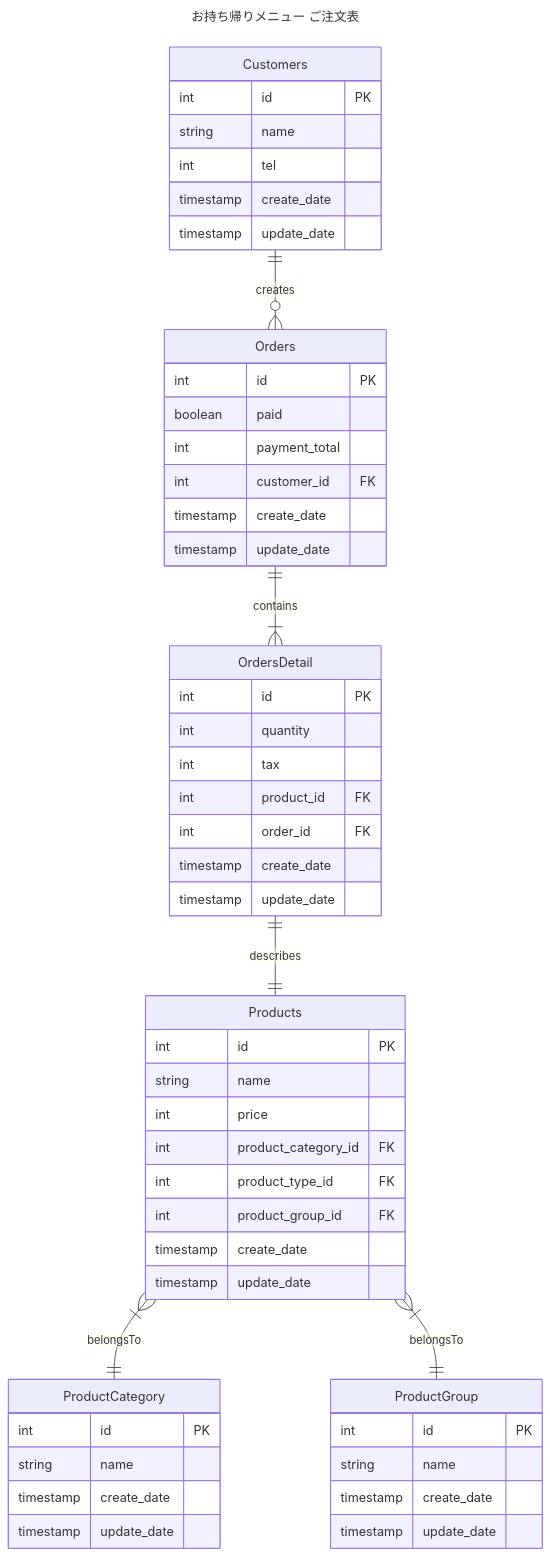
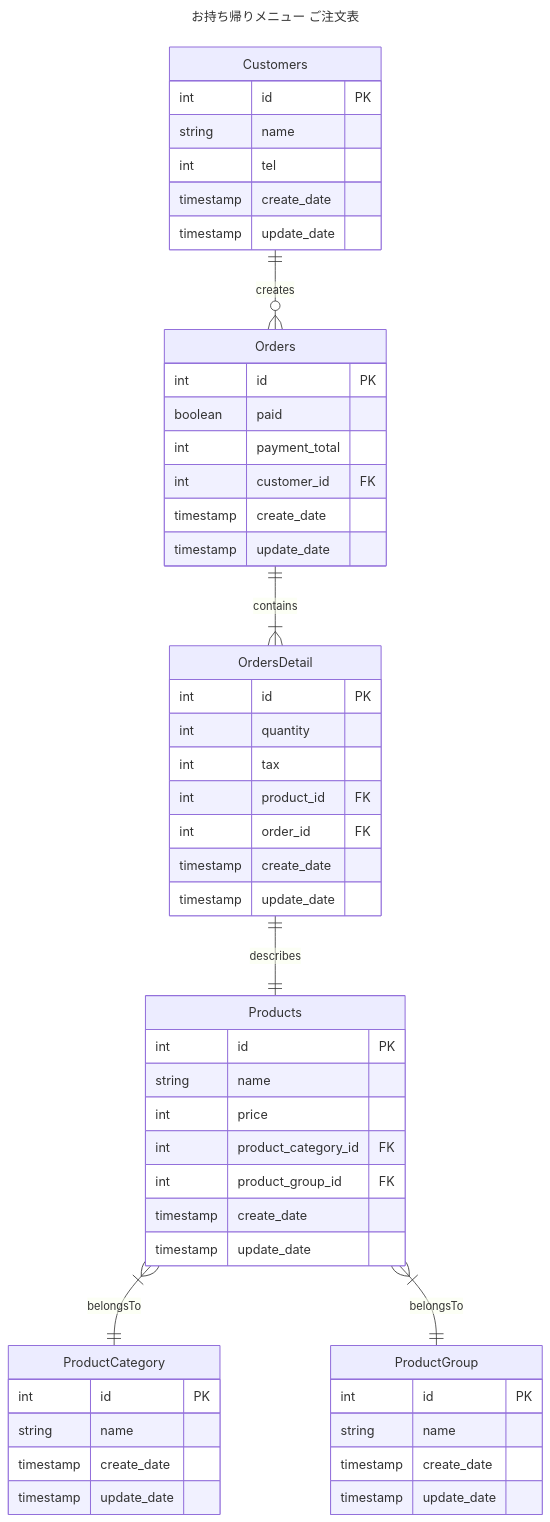
One commit to ttakuma17/til changed the first of 2 diagrams in db/modeling/1/1-1.md. Above: the diagram before and after it, drawn with Mermaid. The commit also changed other lines of this file, not shown here.

````diff
--- a/db/modeling/1/1-1.md
+++ b/db/modeling/1/1-1.md
@@ -4,57 +4,56 @@
 ```mermaid
 ---
 title: お持ち帰りメニュー ご注文表
 ---
 erDiagram
     Customers ||--o{ Orders : creates
     Customers {
         int id PK
         string name
         int tel
         timestamp create_date
         timestamp update_date
     }
     Orders ||--|{ OrdersDetail : contains
 	  Orders { 
         int id PK
         boolean paid
         int payment_total
         int customer_id FK
         timestamp create_date
         timestamp update_date
     }
     OrdersDetail ||--|| Products : describes
     OrdersDetail {
         int id PK
         int quantity
         int tax
         int product_id FK
         int order_id FK
         timestamp create_date
         timestamp update_date
     }
     Products }|--|| ProductCategory : belongsTo
     Products {
         int id PK
         string name
         int price
         int product_category_id FK
-        int product_type_id FK
         int product_group_id FK
         timestamp create_date
         timestamp update_date
     }
     Products }|--|| ProductGroup : belongsTo
     ProductGroup {
         int id PK
         string name
         timestamp create_date
         timestamp update_date
     }
     ProductCategory {
         int id PK
         string name
         timestamp create_date
         timestamp update_date
     }
 ```
````
